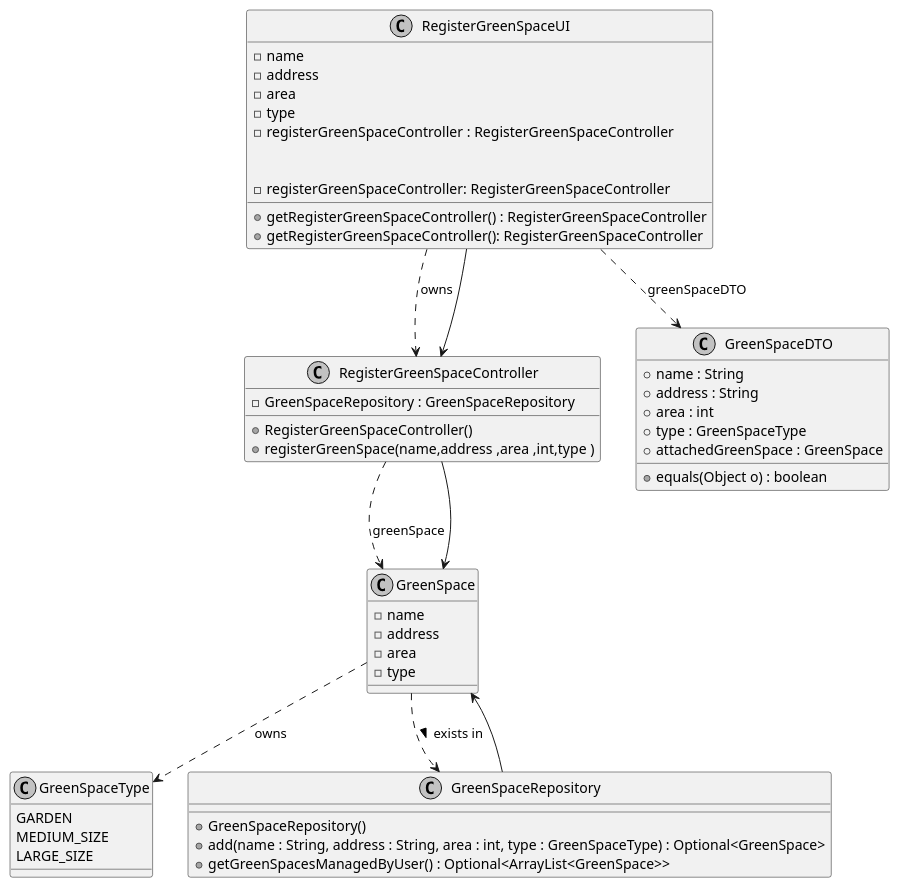
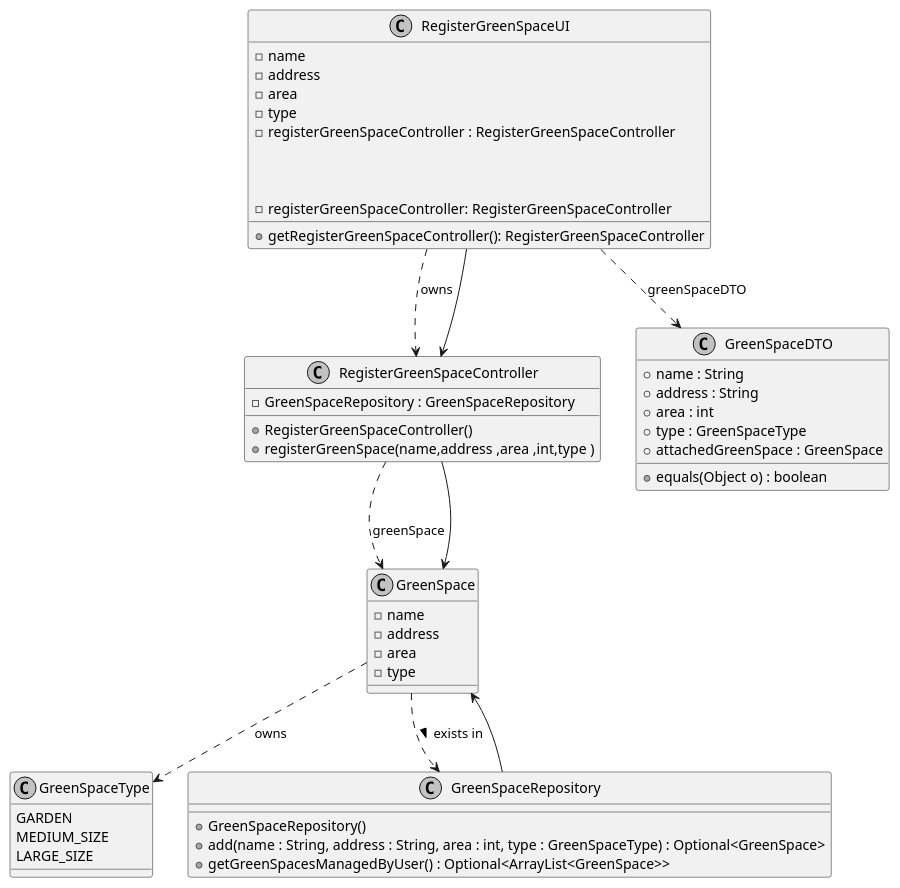
Before and after one commit to Departamento-de-Engenharia-Informatica/lei-24-s2-1dkl-g134: the diagram in docs/sprintC/us020/03.design/puml/us020-class-diagram.puml, drawn with PlantUML.

Commit message:
Class Diagram US020  Update

```diff
--- a/docs/sprintC/us020/03.design/puml/us020-class-diagram.puml
+++ b/docs/sprintC/us020/03.design/puml/us020-class-diagram.puml
@@ -1,78 +1,78 @@
 @startuml
 skinparam monochrome true
 skinparam packageStyle rectangle
 skinparam shadowing false
 skinparam linetype polyline
 skinparam linetype orto
 
 
 
 class "GreenSpace" {
     -name
     -address
     -area
     -type
 
 }
 
 class "GreenSpaceType" {
     GARDEN
     MEDIUM_SIZE
     LARGE_SIZE
 }
 
 class "RegisterGreenSpaceController" {
     -GreenSpaceRepository : GreenSpaceRepository
     +RegisterGreenSpaceController()
     +registerGreenSpace(name,address ,area ,int,type )
 }
 
 class "GreenSpaceRepository" {
 
     +GreenSpaceRepository()
     +add(name : String, address : String, area : int, type : GreenSpaceType) : Optional<GreenSpace>
     +getGreenSpacesManagedByUser() : Optional<ArrayList<GreenSpace>>
 }
 
 class "GreenSpaceDTO" {
     +name : String
     +address : String
     +area : int
     +type : GreenSpaceType
     +attachedGreenSpace : GreenSpace
     +equals(Object o) : boolean
 }
 
 
 
 class "RegisterGreenSpaceUI" {
     -name
     -address
     -area
     -type
     -registerGreenSpaceController : RegisterGreenSpaceController
-    +getRegisterGreenSpaceController() : RegisterGreenSpaceController
+
 
 }
 
 
 
 class RegisterGreenSpaceUI {
 
     - registerGreenSpaceController: RegisterGreenSpaceController
 
     + getRegisterGreenSpaceController(): RegisterGreenSpaceController
 
 }
 
 
 RegisterGreenSpaceController ..> GreenSpace : greenSpace
 GreenSpace ..> GreenSpaceRepository : exists in >
 RegisterGreenSpaceUI ..> RegisterGreenSpaceController : owns
 RegisterGreenSpaceUI ..> GreenSpaceDTO : greenSpaceDTO
 GreenSpace ..> GreenSpaceType : owns
 RegisterGreenSpaceController --> GreenSpace
 GreenSpaceRepository --> GreenSpace
 RegisterGreenSpaceUI --> RegisterGreenSpaceController
 
 @enduml
```
